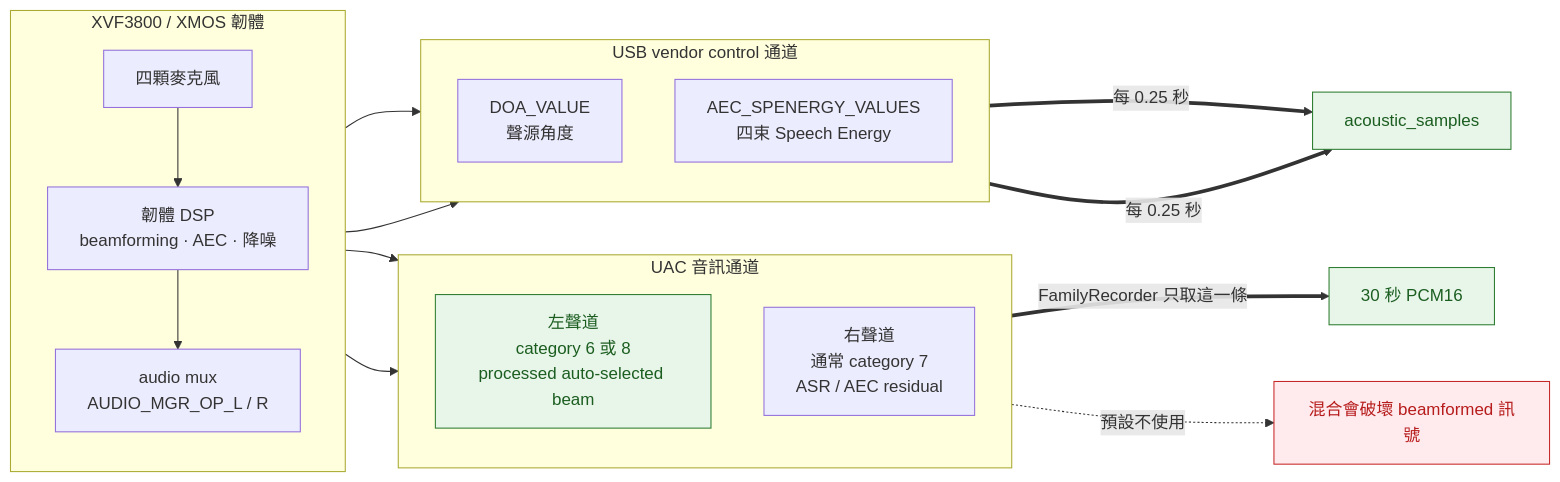
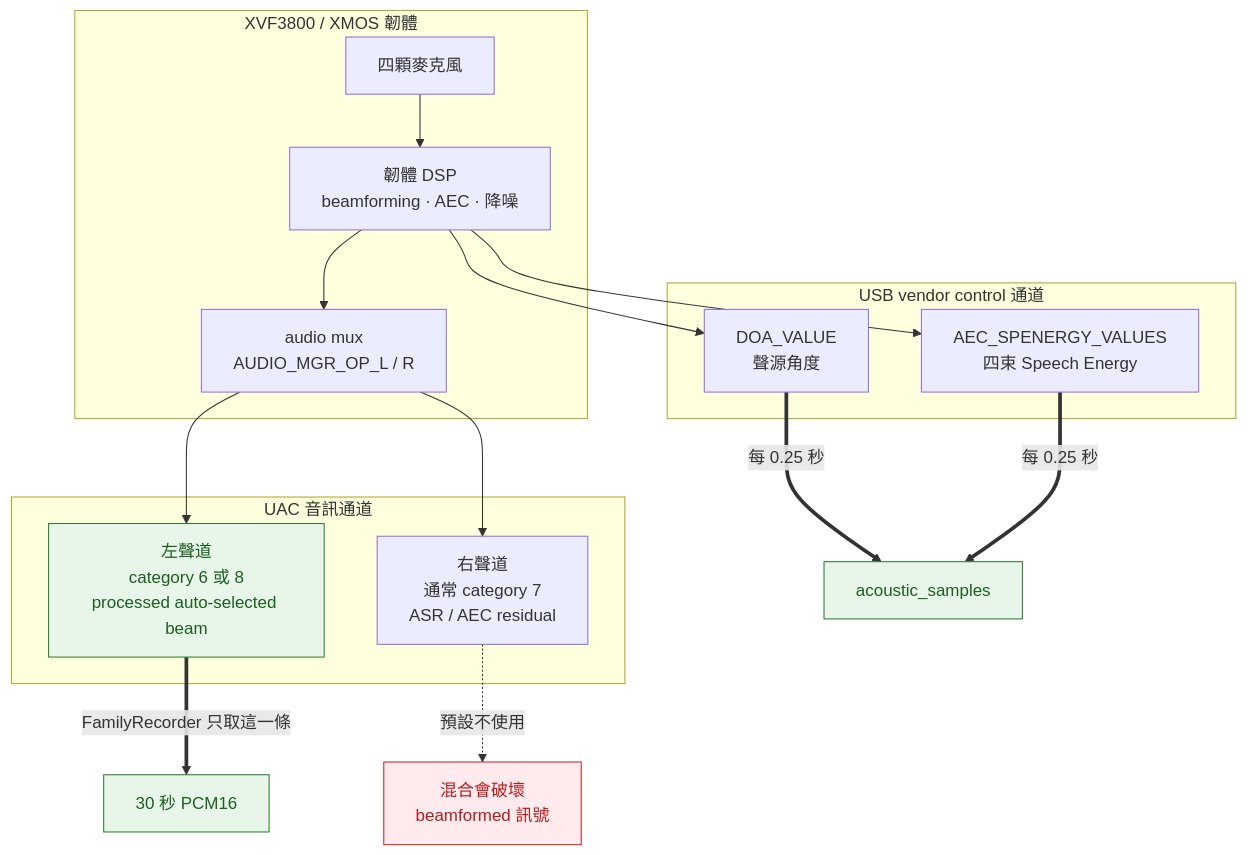
One commit to pcpcchen-coder/FamilyRecorder changed the diagram in docs/hardware.md. Above: the diagram before and after it, drawn with Mermaid. The commit also changed 25 other files, not shown here.

````diff
--- a/docs/hardware.md
+++ b/docs/hardware.md
@@ -22,36 +22,29 @@
 ```mermaid
-flowchart LR
+flowchart TB
     subgraph DEV["XVF3800 / XMOS 韌體"]
-        direction TB
-        MICS["四顆麥克風"]
-        DSP["韌體 DSP<br/>beamforming · AEC · 降噪"]
-        MUX["audio mux<br/>AUDIO_MGR_OP_L / R"]
-        MICS --> DSP --> MUX
+        MICS["四顆麥克風"] --> DSP["韌體 DSP<br/>beamforming · AEC · 降噪"]
+        DSP --> MUX["audio mux<br/>AUDIO_MGR_OP_L / R"]
     end
 
     subgraph CH["UAC 音訊通道"]
-        direction TB
         LCH["左聲道<br/>category 6 或 8<br/>processed auto-selected beam"]
         RCH["右聲道<br/>通常 category 7<br/>ASR / AEC residual"]
     end
 
     subgraph TELE["USB vendor control 通道"]
-        direction TB
         DOA["DOA_VALUE<br/>聲源角度"]
         SPE["AEC_SPENERGY_VALUES<br/>四束 Speech Energy"]
     end
 
-    MUX --> LCH
-    MUX --> RCH
-    DSP --> DOA
-    DSP --> SPE
+    MUX --> LCH & RCH
+    DSP --> DOA & SPE
 
     LCH ==>|"FamilyRecorder 只取這一條"| USE["30 秒 PCM16"]
-    RCH -.->|"預設不使用"| X["混合會破壞 beamformed 訊號"]
+    RCH -.->|"預設不使用"| X["混合會破壞<br/>beamformed 訊號"]
     DOA & SPE ==>|"每 0.25 秒"| TEL["acoustic_samples"]
 
     classDef good fill:#e8f5e9,stroke:#2e7d32,color:#1b5e20
     classDef bad fill:#ffebee,stroke:#c62828,color:#b71c1c
     class LCH,USE,TEL good
     class X bad
 ```
````
